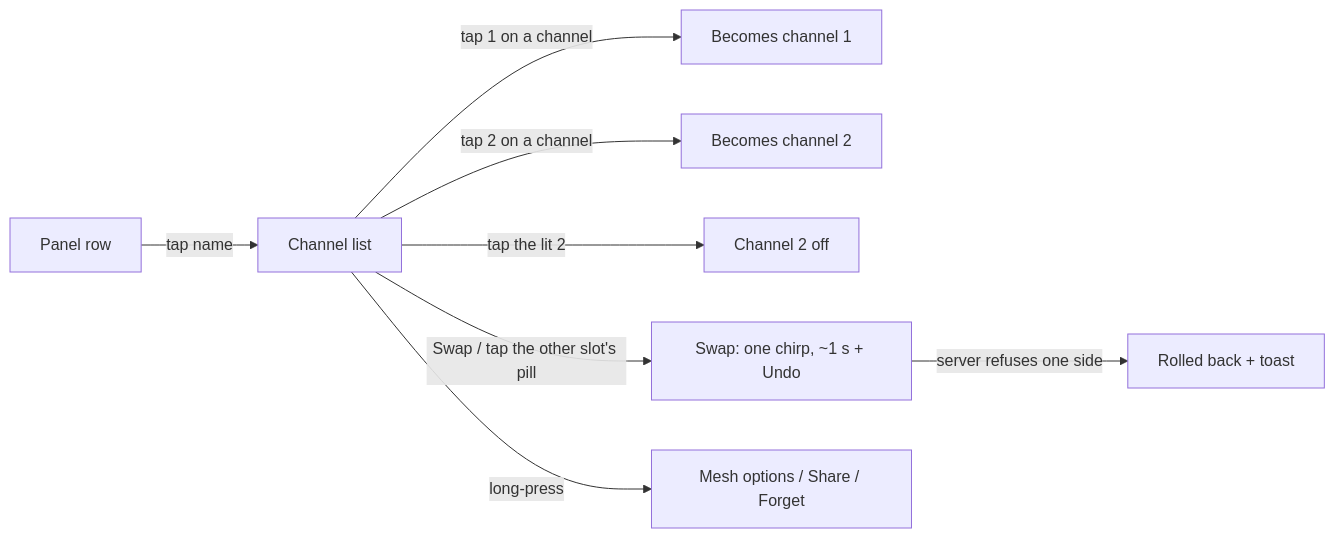
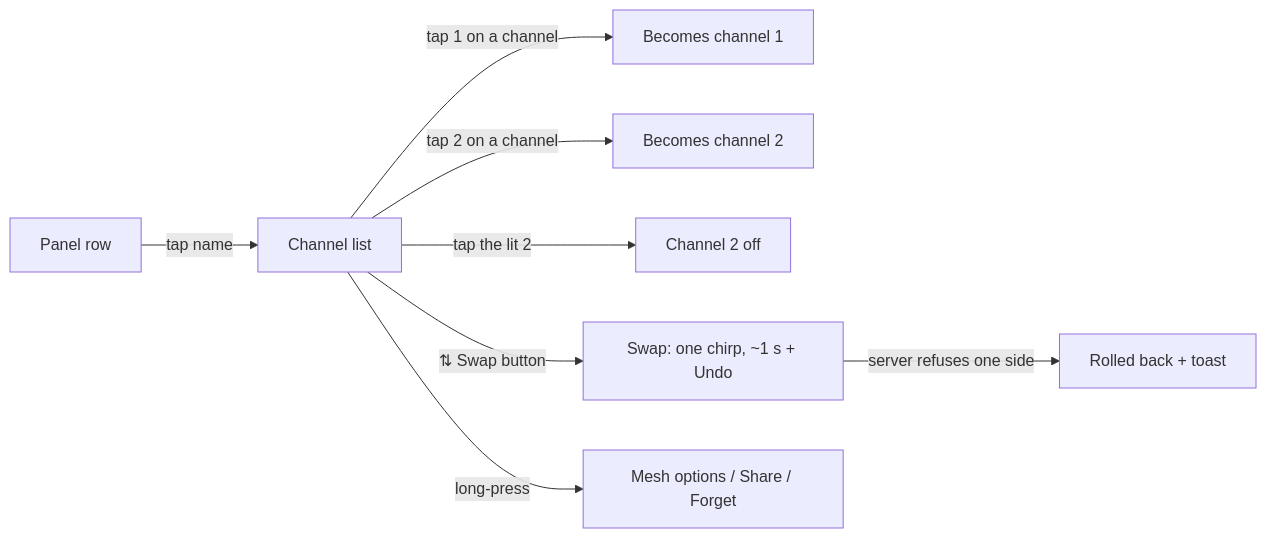
Before and after one commit to TX-TAK/TAK-XVoice: the second of 5 diagrams in docs/ux-workflows.md, drawn with Mermaid. The commit also changed other lines of this file and 7 other files, not shown here.

First line of the commit message:
feat: grey out cross-slot picks; Swap only via the button

````diff
--- a/docs/ux-workflows.md
+++ b/docs/ux-workflows.md
@@ -146,10 +146,10 @@
 ```mermaid
 flowchart LR
     P[Panel row] -->|tap name| L[Channel list]
     L -->|tap 1 on a channel| C1[Becomes channel 1]
     L -->|tap 2 on a channel| C2[Becomes channel 2]
     L -->|tap the lit 2| OFF[Channel 2 off]
-    L -->|Swap / tap the other slot's pill| SW[Swap: one chirp, ~1 s + Undo]
+    L -->|⇅ Swap button| SW[Swap: one chirp, ~1 s + Undo]
     SW -->|server refuses one side| RB[Rolled back + toast]
     L -->|long-press| M[Mesh options / Share / Forget]
 ```
````
